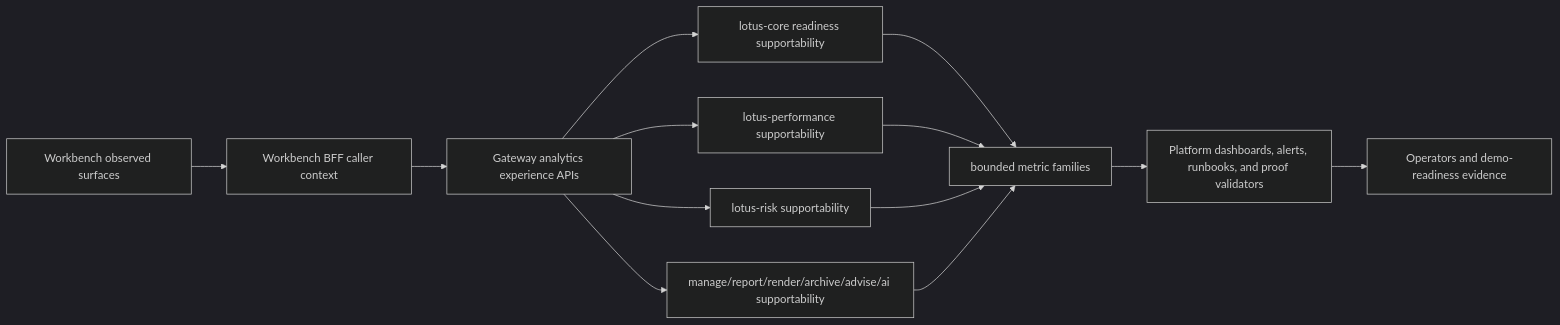
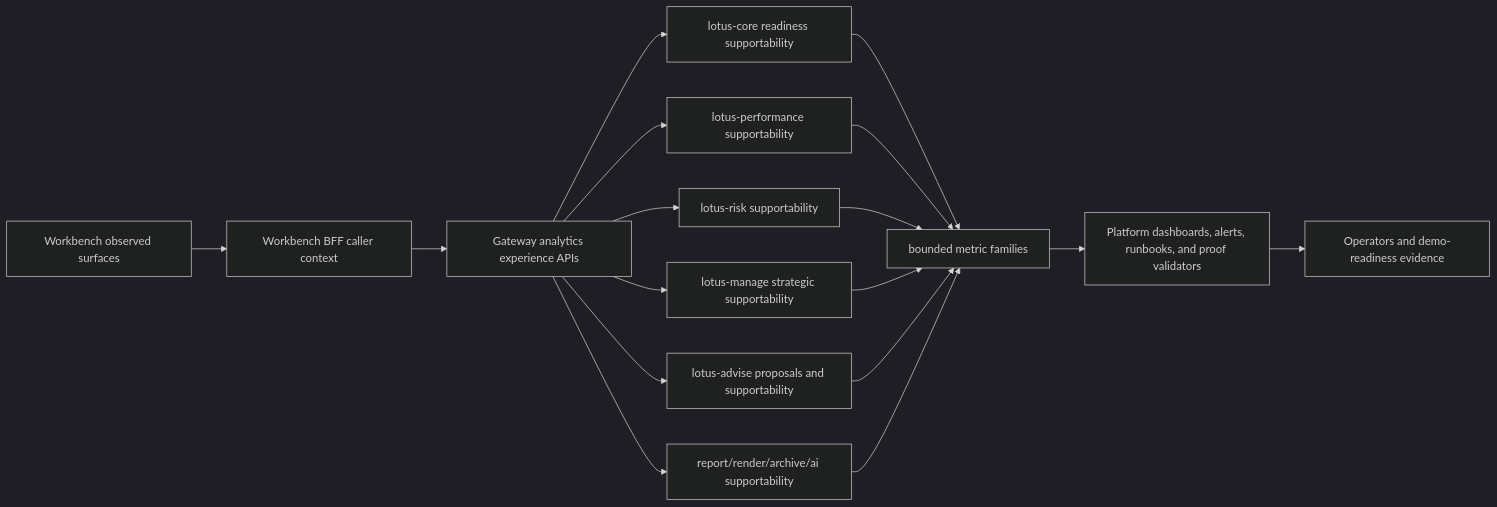
The first of 2 diagrams in wiki/Analytics-UI-Observability.md (sgajbi/lotus-platform), drawn with Mermaid (dark theme) before and after one commit. The commit also changed other lines of this file and 6 other files, not shown here.

````diff
--- a/wiki/Analytics-UI-Observability.md
+++ b/wiki/Analytics-UI-Observability.md
@@ -24,15 +24,19 @@
 ```mermaid
 flowchart LR
     Workbench[Workbench observed surfaces] --> BFF[Workbench BFF caller context]
     BFF --> Gateway[Gateway analytics experience APIs]
     Gateway --> Core[lotus-core readiness supportability]
     Gateway --> Perf[lotus-performance supportability]
     Gateway --> Risk[lotus-risk supportability]
-    Gateway --> Other[manage/report/render/archive/advise/ai supportability]
+    Gateway --> Manage[lotus-manage strategic supportability]
+    Gateway --> Advise[lotus-advise proposals and supportability]
+    Gateway --> Other[report/render/archive/ai supportability]
     Core --> Metrics
     Perf --> Metrics[bounded metric families]
     Risk --> Metrics
+    Manage --> Metrics
+    Advise --> Metrics
     Other --> Metrics
     Metrics --> Platform[Platform dashboards, alerts, runbooks, and proof validators]
     Platform --> Operators[Operators and demo-readiness evidence]
 ```
````
